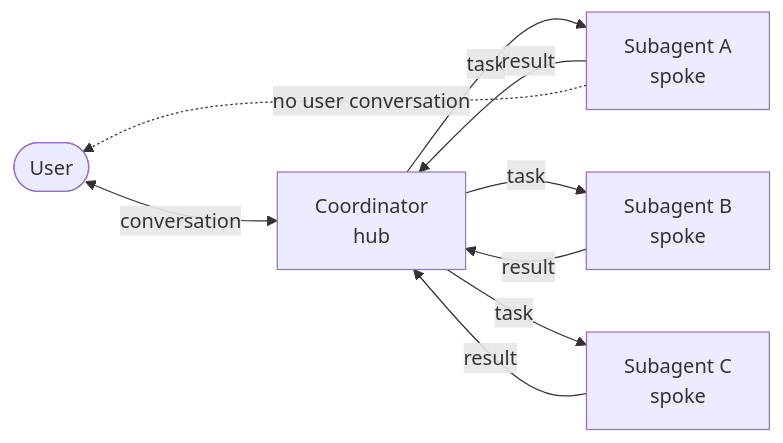
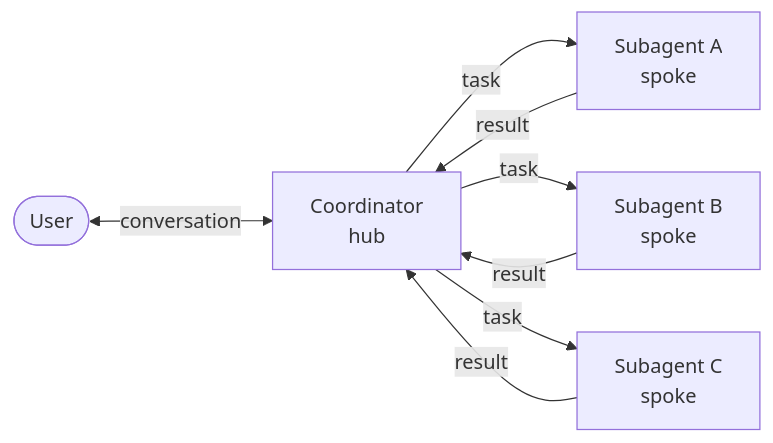
Before and after one commit to epam/ai-dial-quickapps-backend: the diagram in docs/designs/anonymous_subagents.md, drawn with Mermaid. The commit also changed other lines of this file, not shown here.

````diff
--- a/docs/designs/anonymous_subagents.md
+++ b/docs/designs/anonymous_subagents.md
@@ -72,18 +66,16 @@
 ```mermaid
 flowchart LR
     user([User])
     coord[Coordinator<br/>hub]
     s1[Subagent A<br/>spoke]
     s2[Subagent B<br/>spoke]
     s3[Subagent C<br/>spoke]
 
     user <-->|conversation| coord
     coord -->|task| s1
     coord -->|task| s2
     coord -->|task| s3
     s1 -->|result| coord
     s2 -->|result| coord
     s3 -->|result| coord
-
-    s1 -.->|no user conversation| user
 ```
````
